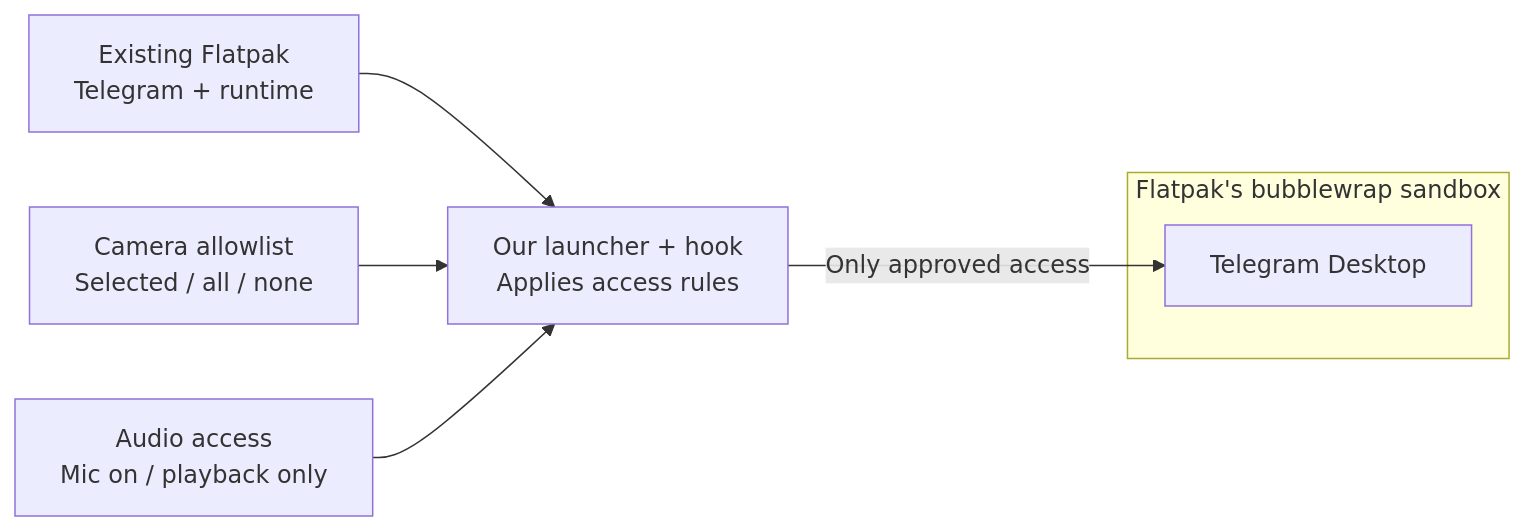
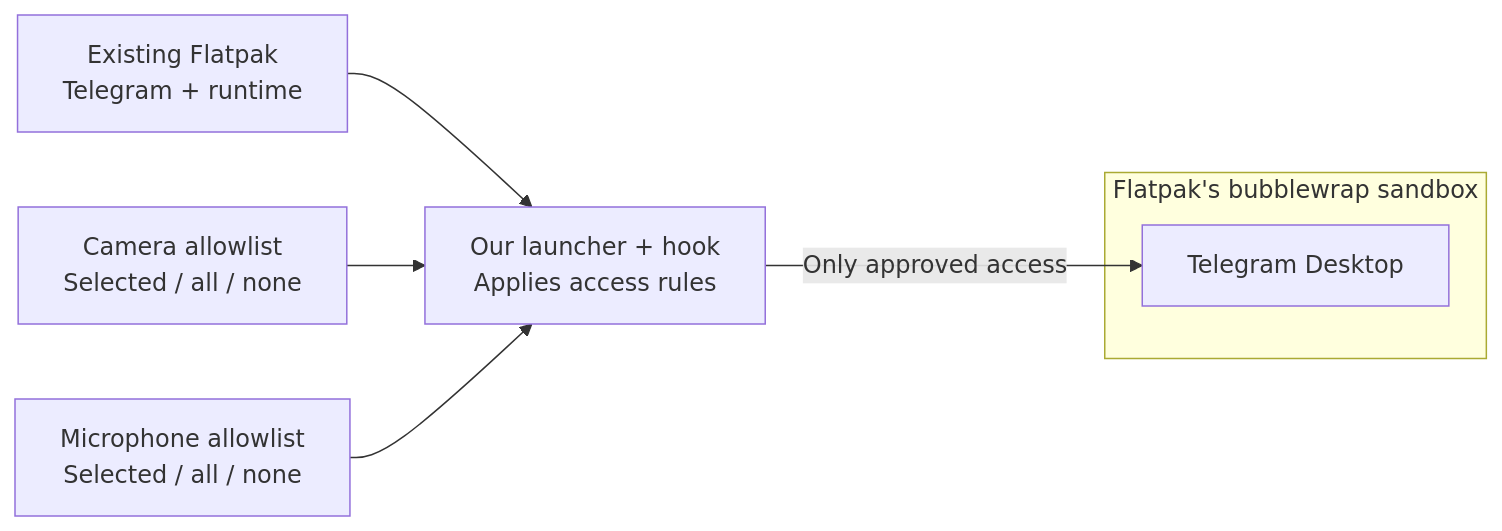
The diagram in README.md (emilfihlman/telegram-flatpak-secure), drawn with Mermaid before and after one commit. The commit also changed other lines of this file and 9 other files, not shown here.

Commit message:
Allow selected microphones with enforced audio isolation

````diff
--- a/README.md
+++ b/README.md
@@ -7,14 +7,14 @@
 ```mermaid
 flowchart LR
 	installed["Existing Flatpak<br/>Telegram + runtime"]
 	wrapper["Our launcher + hook<br/>Applies access rules"]
 	cameras["Camera allowlist<br/>Selected / all / none"]
-	audio["Audio access<br/>Mic on / playback only"]
+	audio["Microphone allowlist<br/>Selected / all / none"]
 	subgraph sandbox["Flatpak's bubblewrap sandbox"]
 		telegram["Telegram Desktop"]
 	end
 	installed --> wrapper
 	cameras --> wrapper
 	audio --> wrapper
 	wrapper -->|Only approved access| telegram
 ```
````
